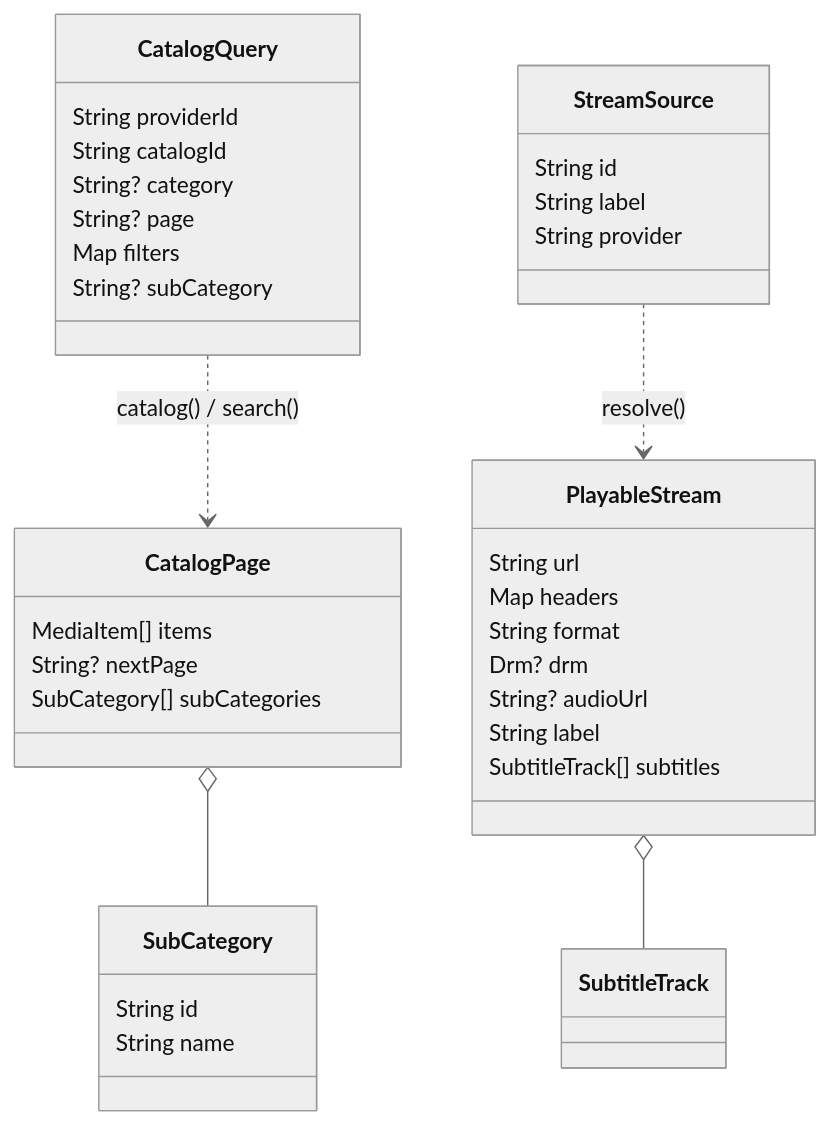
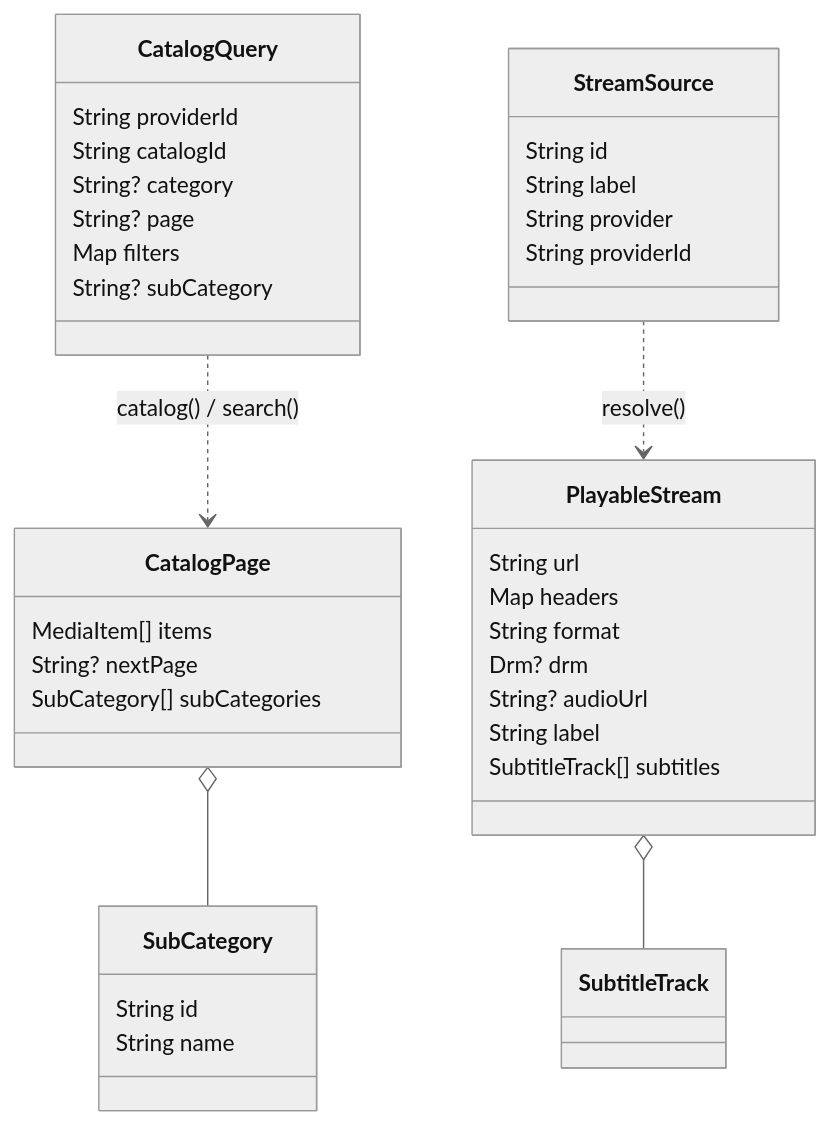
The third of 4 diagrams in docs/02-extension-protocol.md (nimbusfvck/fvcksubs), drawn with Mermaid (neutral theme) before and after one commit. The commit also changed other lines of this file and 30 other files, not shown here.

````diff
--- a/docs/02-extension-protocol.md
+++ b/docs/02-extension-protocol.md
@@ -170,39 +171,40 @@
 ```mermaid
 classDiagram
     class CatalogQuery {
         String providerId
         String catalogId
         String? category
         String? page
         Map filters
         String? subCategory
     }
     class CatalogPage {
         MediaItem[] items
         String? nextPage
         SubCategory[] subCategories
     }
     class SubCategory {
         String id
         String name
     }
     class StreamSource {
         String id
         String label
         String provider
+        String providerId
     }
     class PlayableStream {
         String url
         Map headers
         String format
         Drm? drm
         String? audioUrl
         String label
         SubtitleTrack[] subtitles
     }
 
     CatalogQuery ..> CatalogPage : catalog() / search()
     CatalogPage o-- SubCategory
     StreamSource ..> PlayableStream : resolve()
     PlayableStream o-- SubtitleTrack
 ```
````
